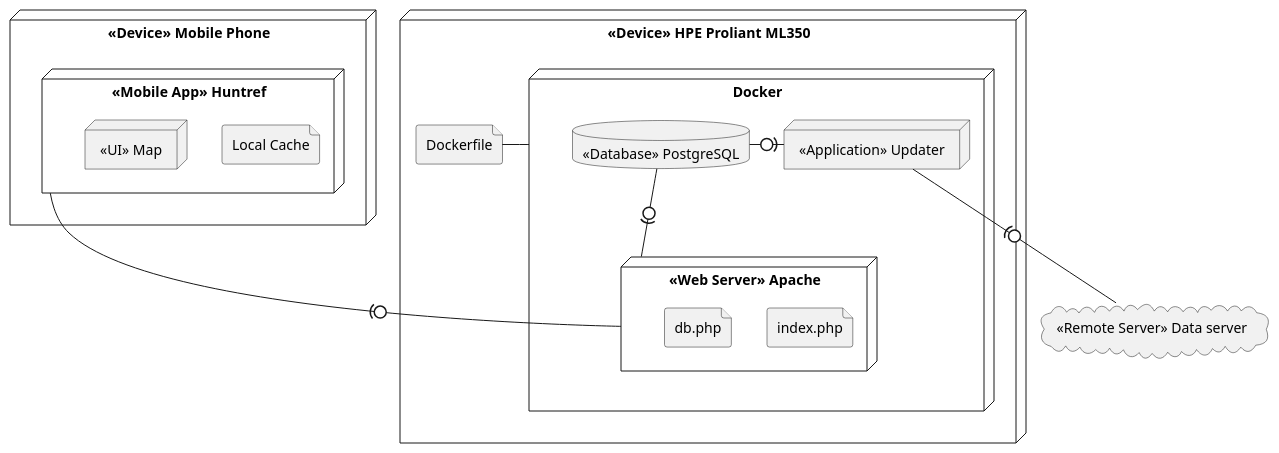
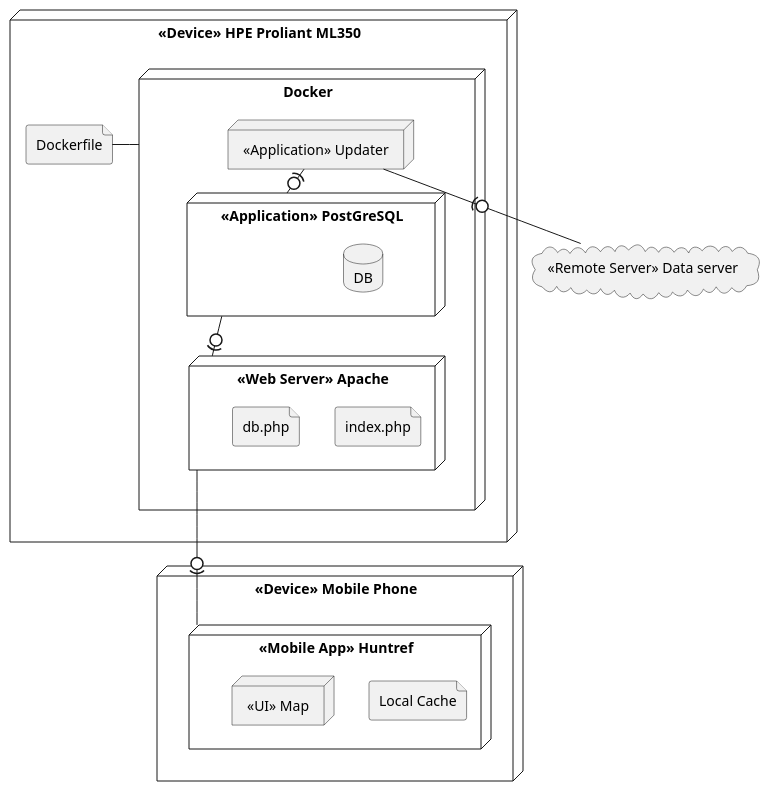
The diagram in Deployment Diagram.puml (h0dgep0dge/itsd6.349), drawn with PlantUML before and after one commit. The commit also changed 3 other files, not shown here.

Commit message:
worked on diagrams

```diff
--- a/Deployment Diagram.puml
+++ b/Deployment Diagram.puml
@@ -1,31 +1,33 @@
 @startuml Deployment Diagram
 
 node "<<Device>> HPE Proliant ML350" as server {
     node Docker {
         node "<<Web Server>> Apache" as Apache {
             file index.php
             file db.php
         }
         node "<<Application>> Updater" as Updater
-        database "<<Database>> PostgreSQL" as Postgres
-        Updater -ri(0- Postgres
+        node "<<Application>> PostGreSQL" as Postgres {
+            database "DB"
+        }
+        Updater -(0- Postgres
         Postgres -0)- Apache
     }
     file Dockerfile
     Dockerfile - Docker
 }
 
 node "<<Device>> Mobile Phone" as Phone {
     node "<<Mobile App>> Huntref" as Huntref {
         file "Local Cache"
         node "<<UI>> Map"
     }
-    Huntref -(0- Apache
+    Apache -0)- Huntref
 }
 
 cloud "<<Remote Server>> Data server" as Data {
 
 }
 Updater -(0- Data
 
 @enduml
```
